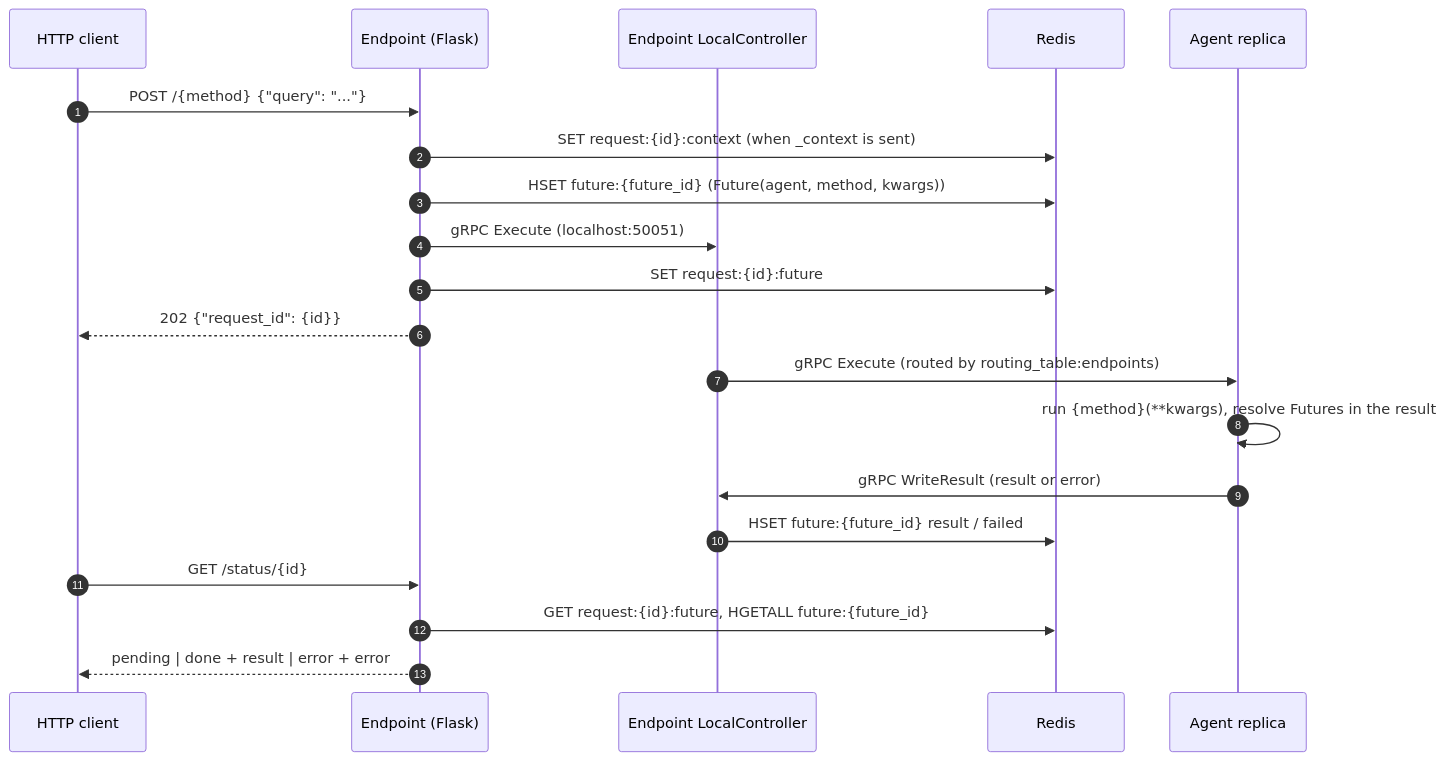
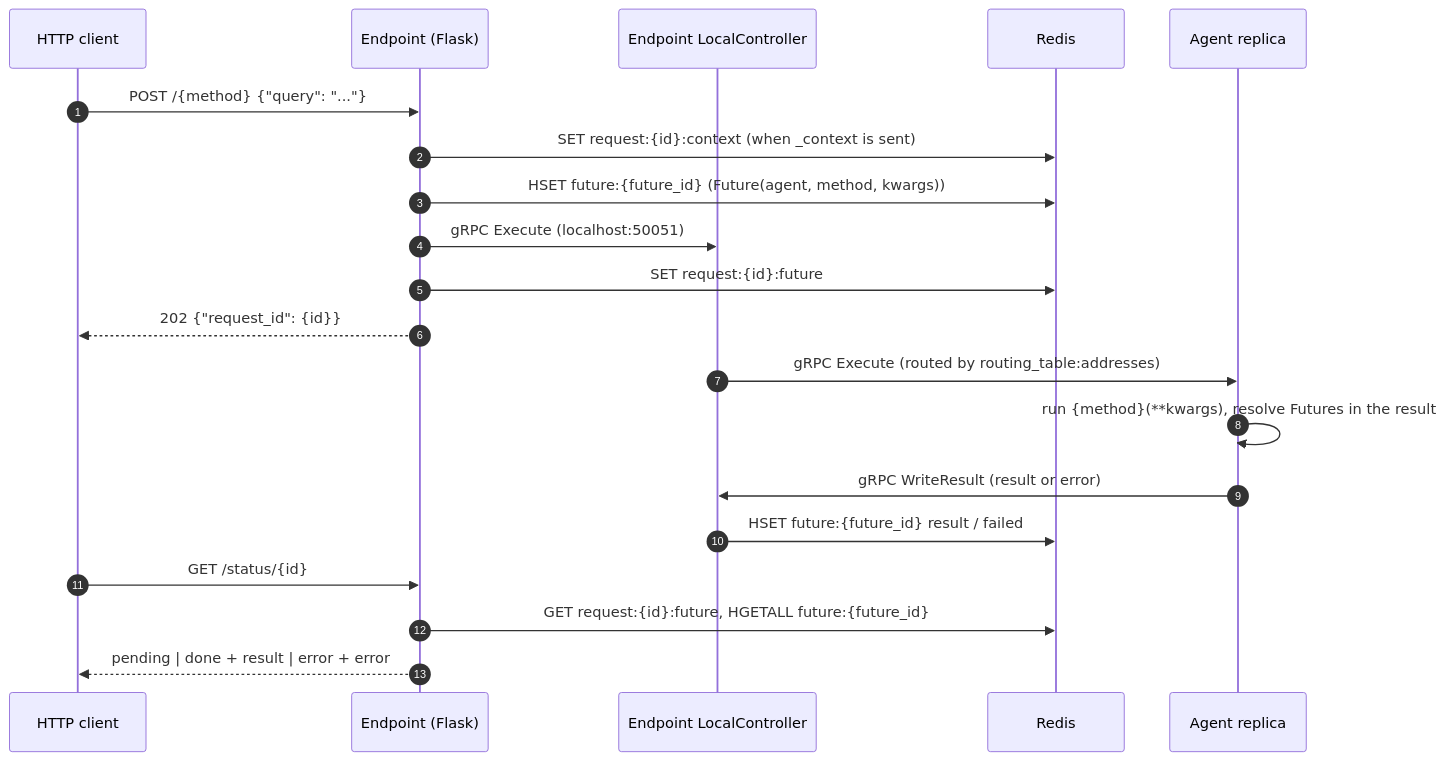
One commit to CanyonCodeCoreAI/canyonos changed the second of 2 diagrams in docs/architecture/ENDPOINT.md. Above: the diagram before and after it, drawn with Mermaid. The commit also changed 114 other files, not shown here.

````diff
--- a/docs/architecture/ENDPOINT.md
+++ b/docs/architecture/ENDPOINT.md
@@ -52,23 +52,23 @@
 ```mermaid
 sequenceDiagram
     autonumber
     participant C as HTTP client
     participant E as Endpoint (Flask)
     participant LC as Endpoint LocalController
     participant R as Redis
     participant A as Agent replica
 
     C->>E: POST /{method} {"query": "..."}
     E->>R: SET request:{id}:context (when _context is sent)
     E->>R: HSET future:{future_id} (Future(agent, method, kwargs))
     E->>LC: gRPC Execute (localhost:50051)
     E->>R: SET request:{id}:future
     E-->>C: 202 {"request_id": {id}}
-    LC->>A: gRPC Execute (routed by routing_table:endpoints)
+    LC->>A: gRPC Execute (routed by routing_table:addresses)
     A->>A: run {method}(**kwargs), resolve Futures in the result
     A->>LC: gRPC WriteResult (result or error)
     LC->>R: HSET future:{future_id} result / failed
     C->>E: GET /status/{id}
     E->>R: GET request:{id}:future, HGETALL future:{future_id}
     E-->>C: pending | done + result | error + error
 ```
````
